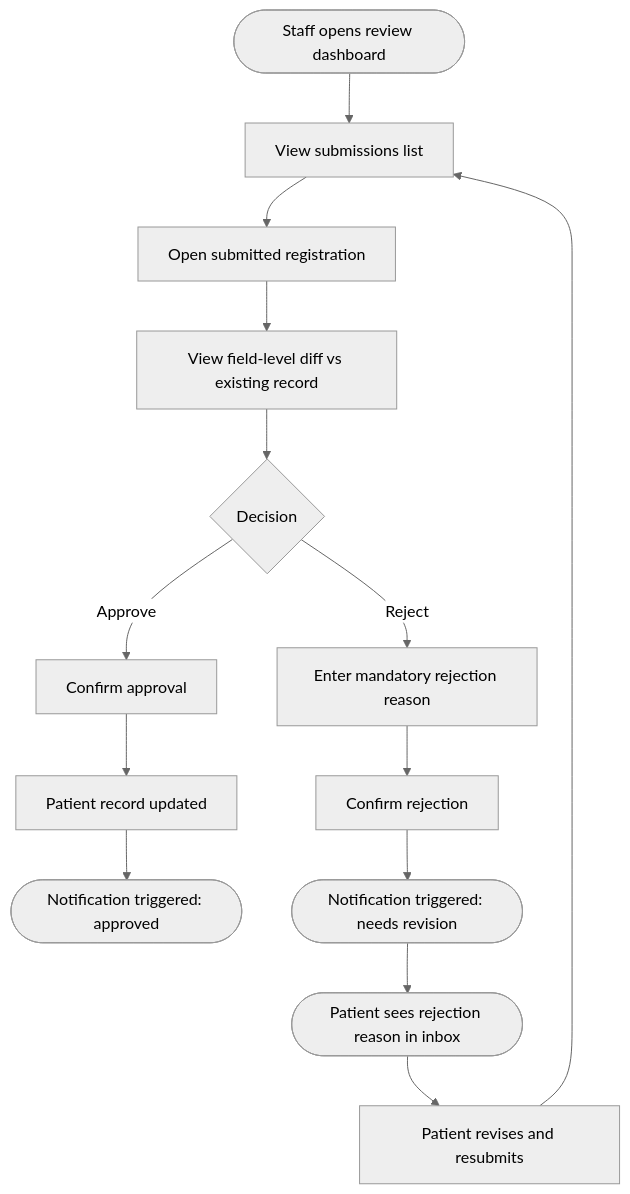
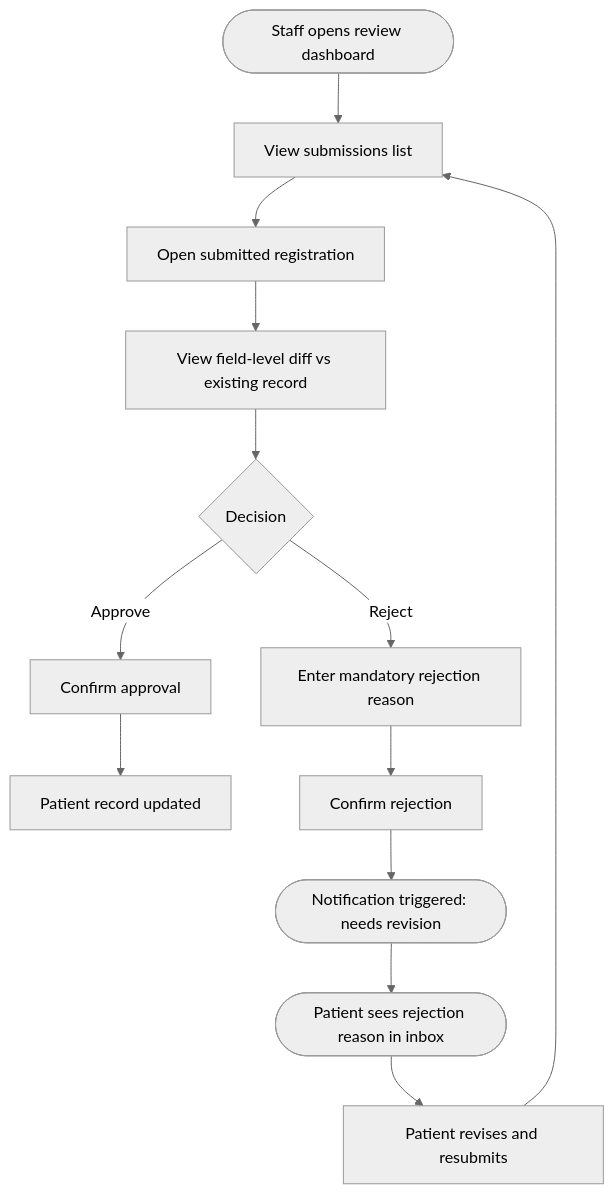
One commit to KaidanTheron/patient-reg changed the second of 2 diagrams in docs/design.md. Above: the diagram before and after it, drawn with Mermaid (neutral theme). The commit also changed other lines of this file and 5 other files, not shown here.

````diff
--- a/docs/design.md
+++ b/docs/design.md
@@ -138,16 +100,15 @@
 ```mermaid
 flowchart TD;
     A([Staff opens review dashboard]) --> B[View submissions list]
     B --> C[Open submitted registration]
     C --> D[View field-level diff vs existing record]
     D --> E{Decision}
     E -- Approve --> F[Confirm approval]
     F --> G[Patient record updated]
-    G --> H([Notification triggered: approved])
     E -- Reject --> I[Enter mandatory rejection reason]
     I --> J[Confirm rejection]
     J --> K([Notification triggered: needs revision])
     K --> L([Patient sees rejection reason in inbox])
     L --> M[Patient revises and resubmits]
     M --> B
 ```
````
